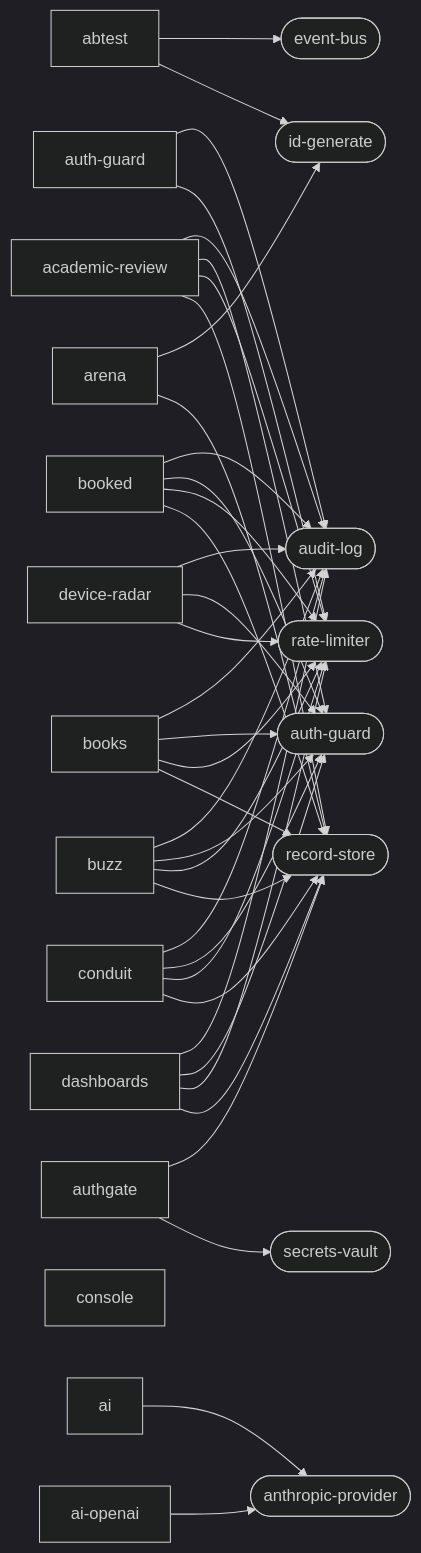
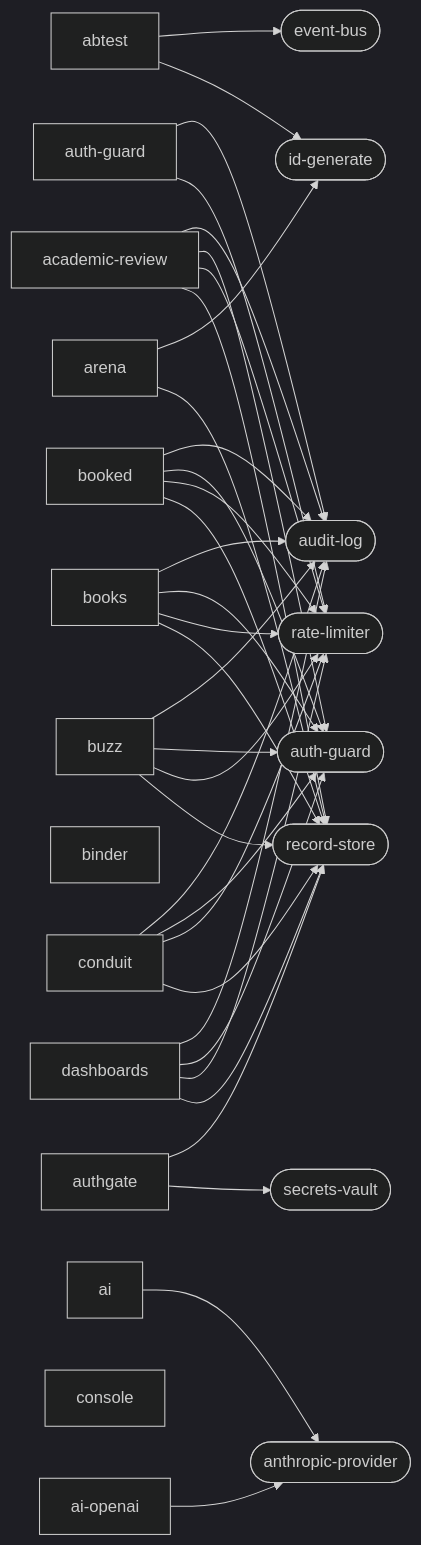
Before and after one commit to markkovari/holon: the second of 2 diagrams in docs/CAPABILITY-GRAPH.md, drawn with Mermaid (dark theme). The commit also changed other lines of this file and 28 other files, not shown here.

First line of the commit message:
feat(binder): the three capabilities meet through WIT, and the app runs

````diff
--- a/docs/CAPABILITY-GRAPH.md
+++ b/docs/CAPABILITY-GRAPH.md
@@ -303,54 +310,51 @@
 ```mermaid
 graph LR
   app_abtest["abtest"]
   app_abtest --> event_bus([event-bus])
   app_abtest --> id_generate([id-generate])
   app_academic_review["academic-review"]
   app_academic_review --> audit_log([audit-log])
   app_academic_review --> auth_guard([auth-guard])
   app_academic_review --> rate_limiter([rate-limiter])
   app_academic_review --> record_store([record-store])
   app_ai["ai"]
   app_ai --> anthropic_provider([anthropic-provider])
   app_ai_openai["ai-openai"]
   app_ai_openai --> anthropic_provider([anthropic-provider])
   app_arena["arena"]
   app_arena --> id_generate([id-generate])
   app_arena --> record_store([record-store])
   app_auth_guard["auth-guard"]
   app_auth_guard --> audit_log([audit-log])
   app_auth_guard --> rate_limiter([rate-limiter])
   app_authgate["authgate"]
   app_authgate --> record_store([record-store])
   app_authgate --> secrets_vault([secrets-vault])
+  app_binder["binder"]
   app_booked["booked"]
   app_booked --> audit_log([audit-log])
   app_booked --> auth_guard([auth-guard])
   app_booked --> rate_limiter([rate-limiter])
   app_booked --> record_store([record-store])
   app_books["books"]
   app_books --> audit_log([audit-log])
   app_books --> auth_guard([auth-guard])
   app_books --> rate_limiter([rate-limiter])
   app_books --> record_store([record-store])
   app_buzz["buzz"]
   app_buzz --> audit_log([audit-log])
   app_buzz --> auth_guard([auth-guard])
   app_buzz --> rate_limiter([rate-limiter])
   app_buzz --> record_store([record-store])
   app_conduit["conduit"]
   app_conduit --> audit_log([audit-log])
   app_conduit --> auth_guard([auth-guard])
   app_conduit --> rate_limiter([rate-limiter])
   app_conduit --> record_store([record-store])
   app_console["console"]
   app_dashboards["dashboards"]
   app_dashboards --> audit_log([audit-log])
   app_dashboards --> auth_guard([auth-guard])
   app_dashboards --> rate_limiter([rate-limiter])
   app_dashboards --> record_store([record-store])
-  app_device_radar["device-radar"]
-  app_device_radar --> audit_log([audit-log])
-  app_device_radar --> auth_guard([auth-guard])
-  app_device_radar --> rate_limiter([rate-limiter])
 ```
````
